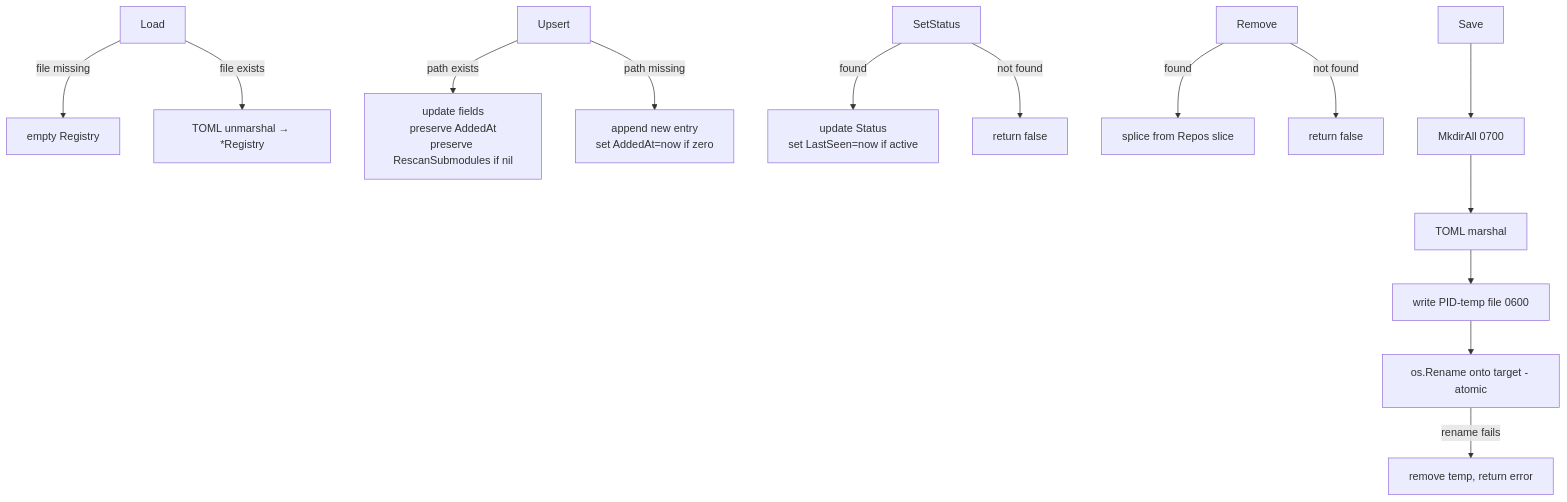
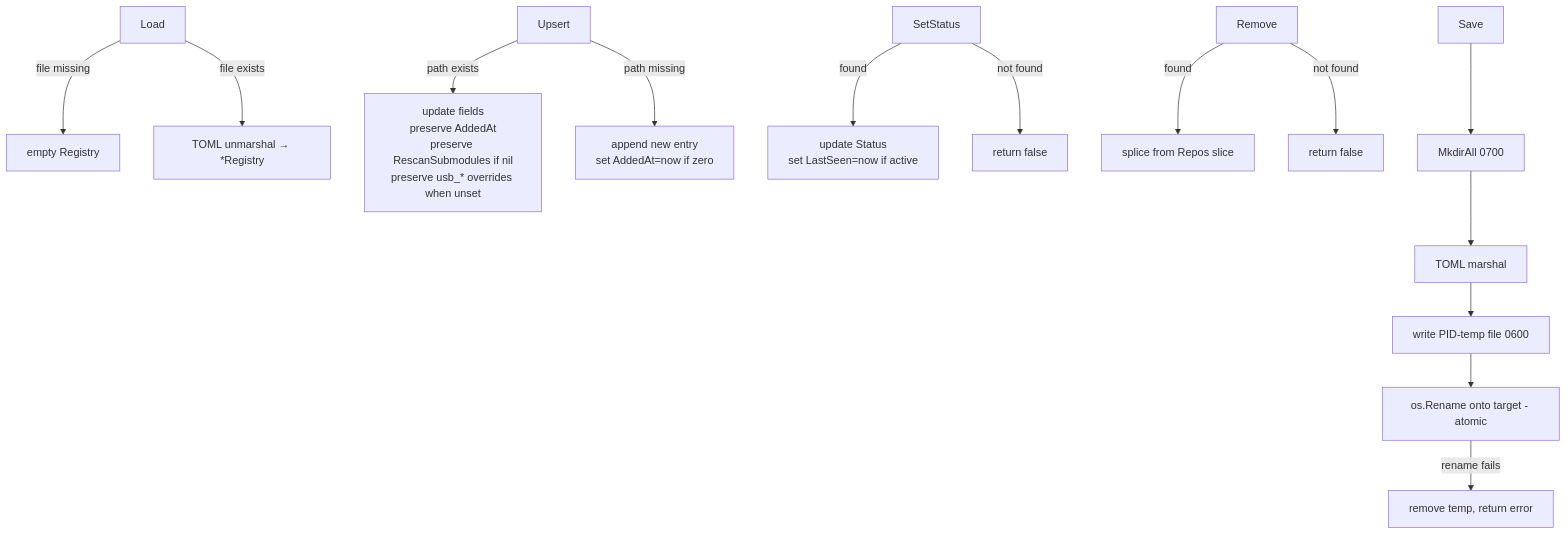
One commit to git-fire/git-fire changed the fourth of 4 diagrams in docs/REGISTRY.md. Above: the diagram before and after it, drawn with Mermaid. The commit also changed other lines of this file and 17 other files, not shown here.

````diff
--- a/docs/REGISTRY.md
+++ b/docs/REGISTRY.md
@@ -107,20 +107,20 @@
 ```mermaid
 flowchart TD
     A[Load] -->|file missing| B[empty Registry]
     A -->|file exists| C["TOML unmarshal → *Registry"]
 
-    D[Upsert] -->|path exists| E["update fields<br/>preserve AddedAt<br/>preserve RescanSubmodules if nil"]
+    D[Upsert] -->|path exists| E["update fields<br/>preserve AddedAt<br/>preserve RescanSubmodules if nil<br/>preserve usb_* overrides when unset"]
     D -->|path missing| F["append new entry<br/>set AddedAt=now if zero"]
 
     G[SetStatus] -->|found| H["update Status<br/>set LastSeen=now if active"]
     G -->|not found| I[return false]
 
     J[Remove] -->|found| K[splice from Repos slice]
     J -->|not found| L[return false]
 
     M[Save] --> N[MkdirAll 0700]
     N --> O[TOML marshal]
     O --> P[write PID-temp file 0600]
     P --> Q[os.Rename onto target - atomic]
     Q -->|rename fails| R[remove temp, return error]
 ```
````
